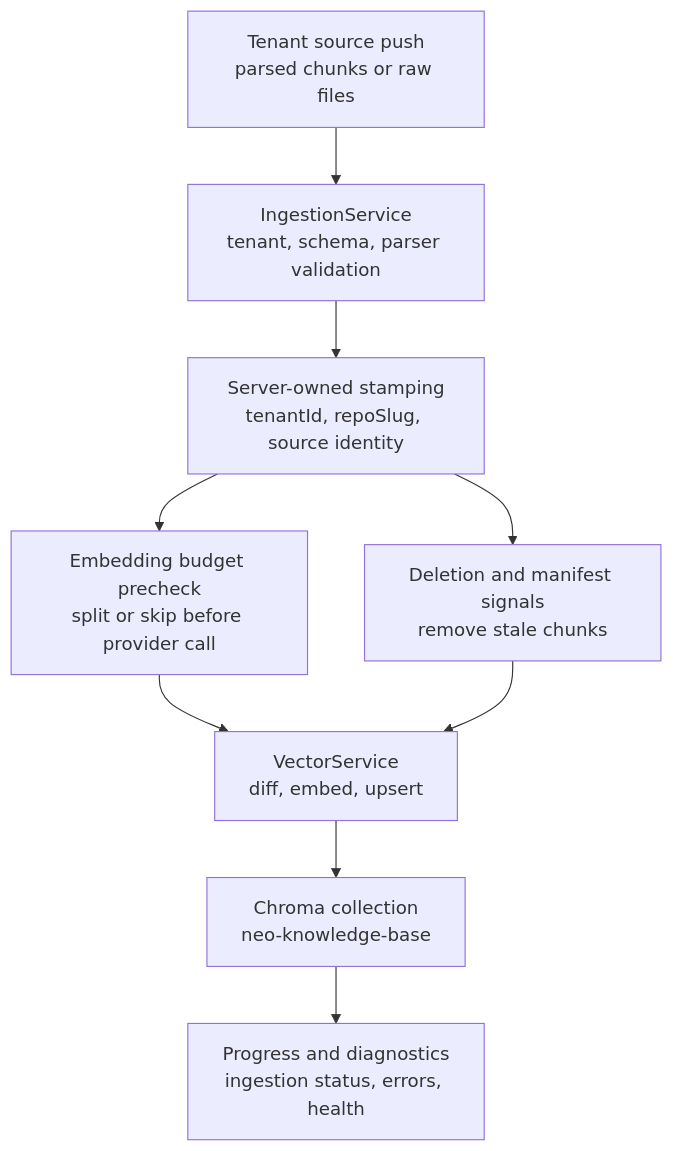
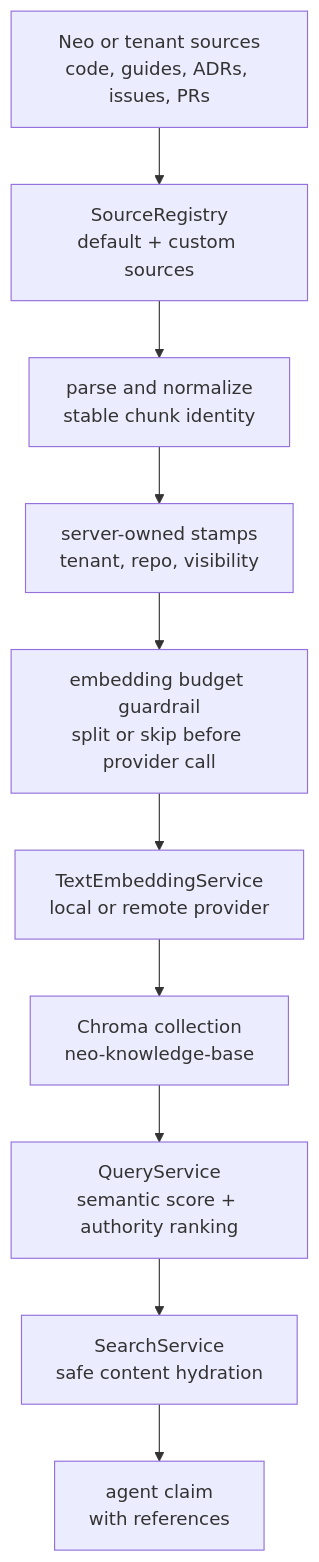
Before and after one commit to neomjs/neo: the second of 2 diagrams in learn/agentos/KnowledgeBase.md, drawn with Mermaid. The commit also changed other lines of this file and 1 other file, not shown here.

Commit message:
docs(agentos): raise KnowledgeBase guide bar (#14319)

````diff
--- a/learn/agentos/KnowledgeBase.md
+++ b/learn/agentos/KnowledgeBase.md
@@ -120,11 +132,12 @@
 ```mermaid
 flowchart TD
-    T["Tenant source push<br/>parsed chunks or raw files"] --> V["IngestionService<br/>tenant, schema, parser validation"]
-    V --> S["Server-owned stamping<br/>tenantId, repoSlug, source identity"]
-    S --> X["Deletion and manifest signals<br/>remove stale chunks"]
-    S --> B["Embedding budget precheck<br/>split or skip before provider call"]
-    B --> U["VectorService<br/>diff, embed, upsert"]
-    X --> U
-    U --> C["Chroma collection<br/>neo-knowledge-base"]
-    C --> R["Progress and diagnostics<br/>ingestion status, errors, health"]
+    Sources["Neo or tenant sources<br/>code, guides, ADRs, issues, PRs"] --> Registry["SourceRegistry<br/>default + custom sources"]
+    Registry --> Parse["parse and normalize<br/>stable chunk identity"]
+    Parse --> Stamp["server-owned stamps<br/>tenant, repo, visibility"]
+    Stamp --> Budget["embedding budget guardrail<br/>split or skip before provider call"]
+    Budget --> Embed["TextEmbeddingService<br/>local or remote provider"]
+    Embed --> Store["Chroma collection<br/>neo-knowledge-base"]
+    Store --> Rank["QueryService<br/>semantic score + authority ranking"]
+    Rank --> Hydrate["SearchService<br/>safe content hydration"]
+    Hydrate --> Agent["agent claim<br/>with references"]
 ```
````
